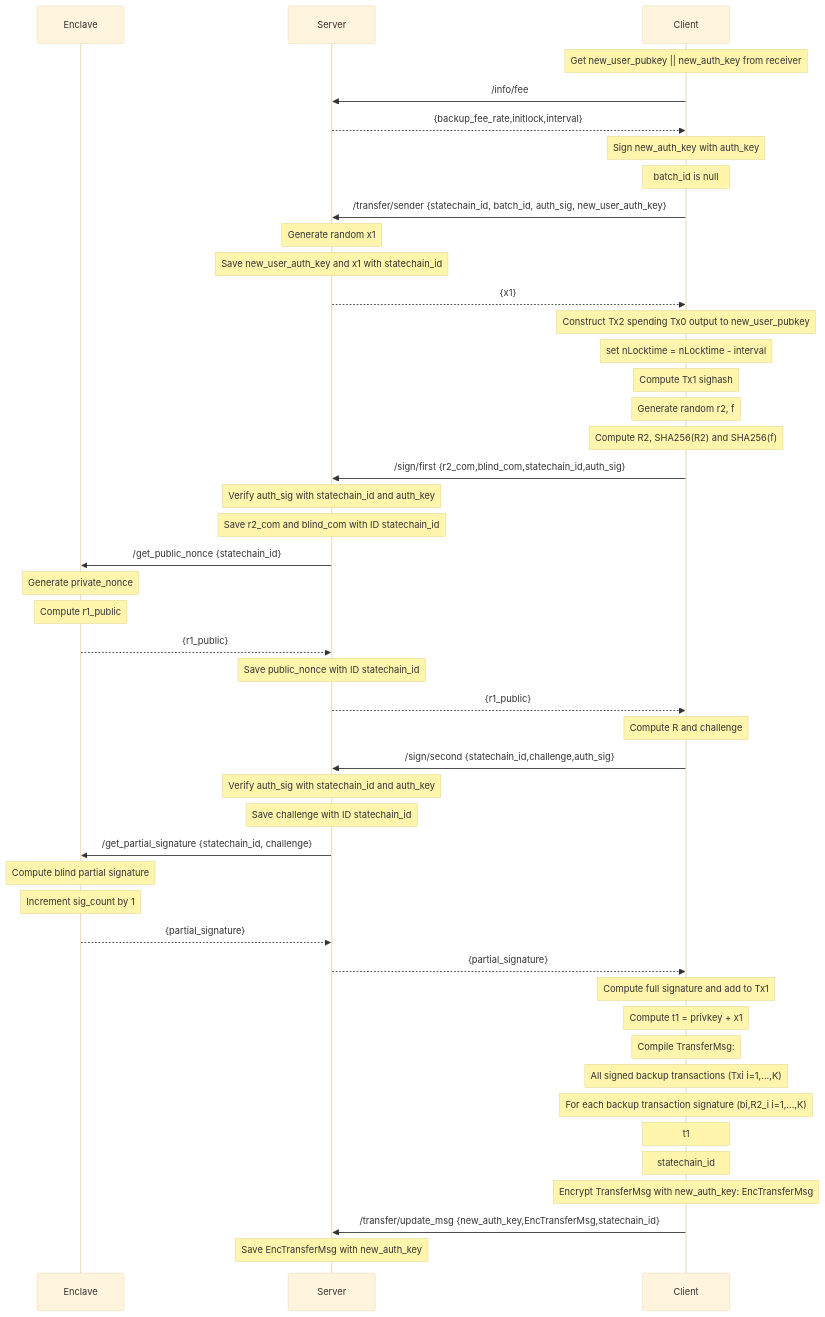
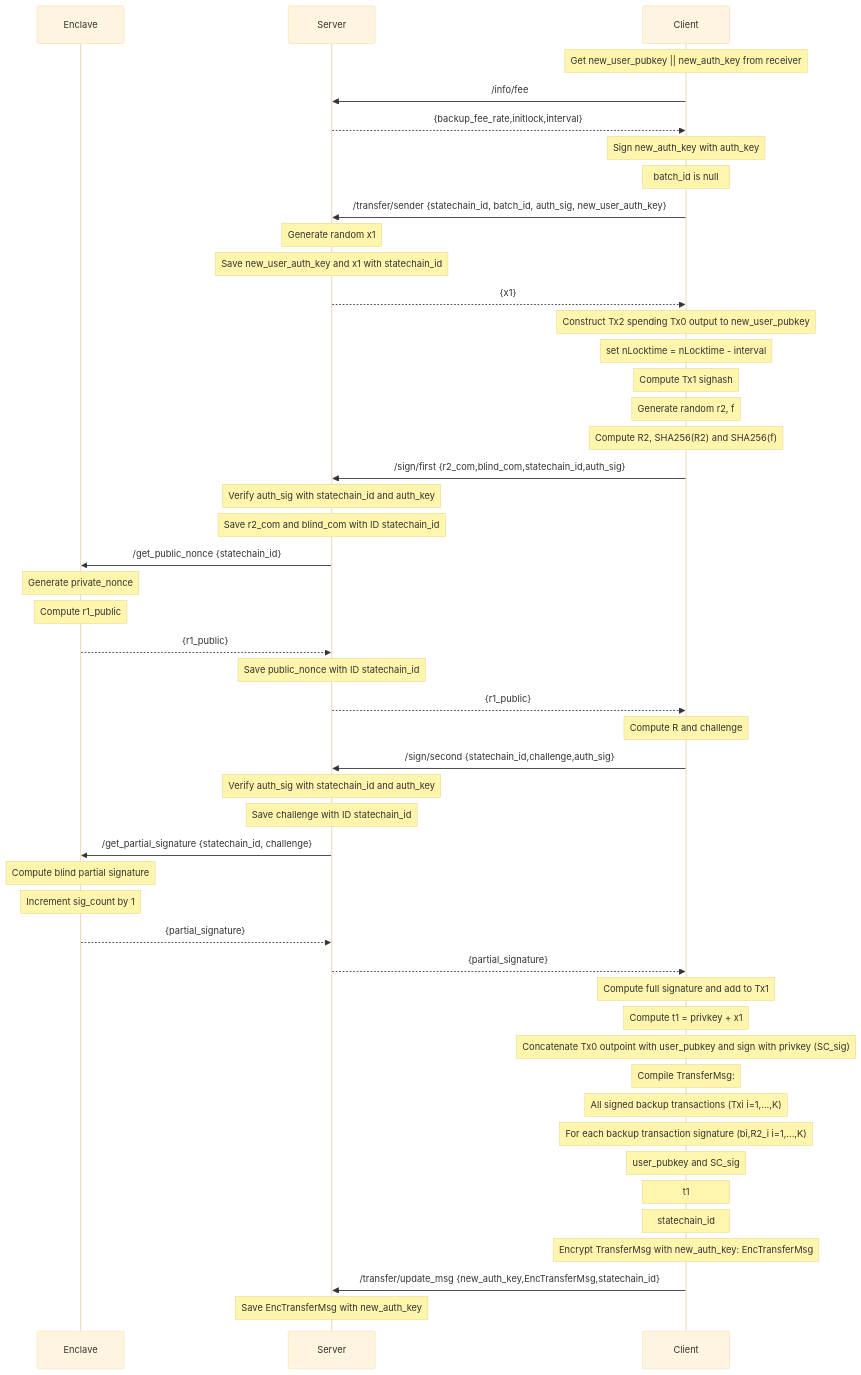
One commit to commerceblock/mercurylayer changed the diagram in docs/transfer_sender_sequence.md. Above: the diagram before and after it, drawn with Mermaid (base theme). The commit also changed 5 other files, not shown here.

````diff
--- a/docs/transfer_sender_sequence.md
+++ b/docs/transfer_sender_sequence.md
@@ -3,48 +3,50 @@
 ```mermaid
 sequenceDiagram
     participant Enclave
     participant Server
     participant Client
     note over Client: Get new_user_pubkey || new_auth_key from receiver
     Client->>Server: /info/fee
     Server-->>Client: {backup_fee_rate,initlock,interval}
     note over Client: Sign new_auth_key with auth_key
     note over Client: batch_id is null
     Client->>Server: /transfer/sender {statechain_id, batch_id, auth_sig, new_user_auth_key}
     note over Server: Generate random x1
     note over Server: Save new_user_auth_key and x1 with statechain_id
     Server-->>Client: {x1}
     note over Client: Construct Tx2 spending Tx0 output to new_user_pubkey
     note over Client: set nLocktime = nLocktime - interval
     note over Client: Compute Tx1 sighash
     note over Client: Generate random r2, f 
     note over Client: Compute R2, SHA256(R2) and SHA256(f)
     Client->>Server: /sign/first {r2_com,blind_com,statechain_id,auth_sig}
     note over Server: Verify auth_sig with statechain_id and auth_key
     note over Server: Save r2_com and blind_com with ID statechain_id
     Server->>Enclave: /get_public_nonce {statechain_id}
     note over Enclave: Generate private_nonce
     note over Enclave: Compute r1_public
     Enclave-->>Server: {r1_public}
     note over Server: Save public_nonce with ID statechain_id
     Server-->>Client: {r1_public}
     note over Client: Compute R and challenge
     Client->>Server: /sign/second {statechain_id,challenge,auth_sig}
     note over Server: Verify auth_sig with statechain_id and auth_key
     note over Server: Save challenge  with ID statechain_id
     Server->>Enclave: /get_partial_signature {statechain_id, challenge}
     note over Enclave: Compute blind partial signature
     note over Enclave: Increment sig_count by 1
     Enclave-->>Server: {partial_signature}
     Server-->>Client: {partial_signature}
     note over Client: Compute full signature and add to Tx1
     note over Client: Compute t1 = privkey + x1
+    note over Client: Concatenate Tx0 outpoint with user_pubkey and sign with privkey (SC_sig)
     note over Client: Compile TransferMsg: 
     note over Client: All signed backup transactions (Txi i=1,...,K)
     note over Client: For each backup transaction signature (bi,R2_i i=1,...,K)
+    note over Client: user_pubkey and SC_sig
     note over Client: t1
     note over Client: statechain_id
     note over Client: Encrypt TransferMsg with new_auth_key: EncTransferMsg
     Client->>Server: /transfer/update_msg {new_auth_key,EncTransferMsg,statechain_id}
     note over Server: Save EncTransferMsg with new_auth_key
 ```
````
